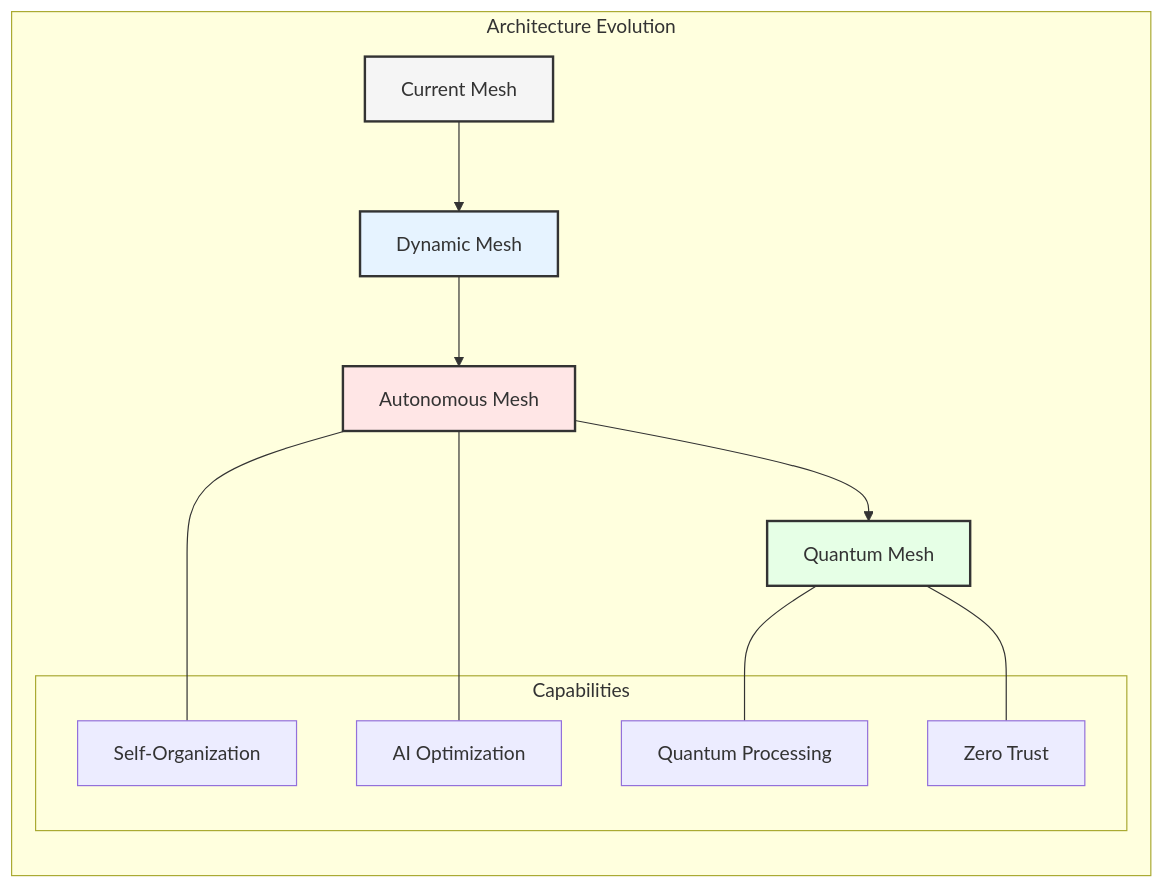
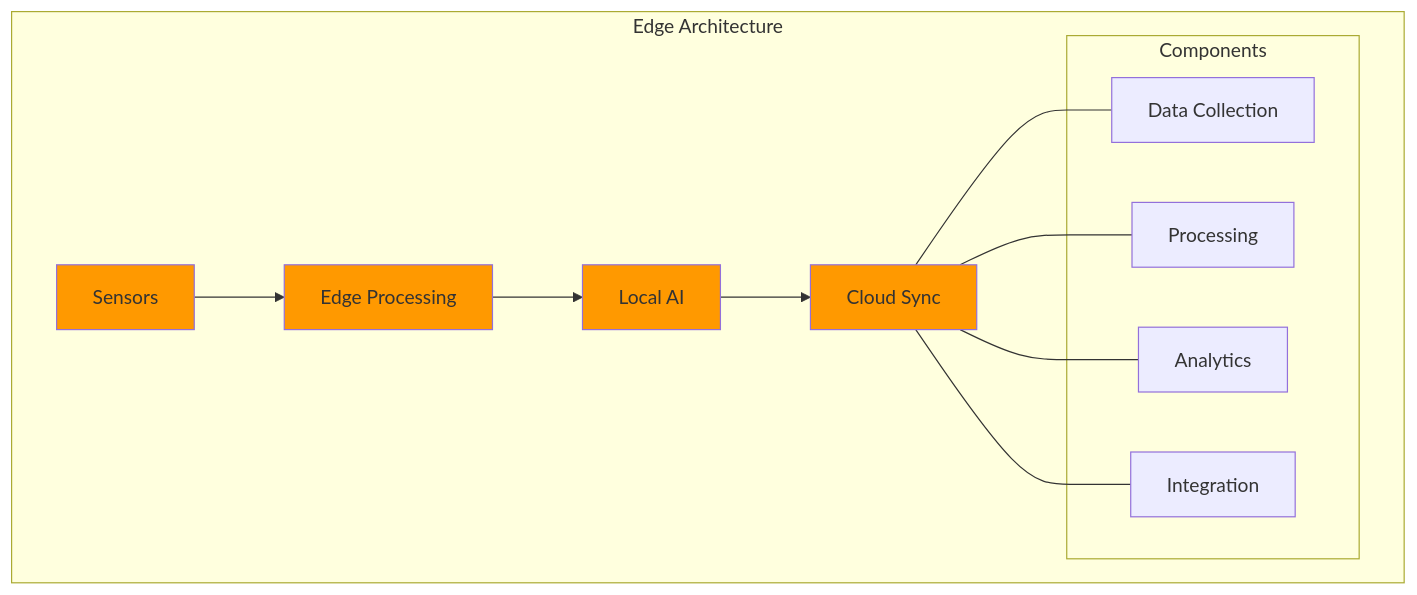
Before and after one commit to data-octo/agentic_ai_research: the second of 9 diagrams in enterprise_data_architecture/chapters/10_future_trends.md, drawn with Mermaid. The commit also changed other lines of this file and 11 other files, not shown here.

````diff
--- a/enterprise_data_architecture/chapters/10_future_trends.md
+++ b/enterprise_data_architecture/chapters/10_future_trends.md
@@ -80,25 +36,25 @@
 ```mermaid
-graph LR
-    subgraph "Architecture Evolution"
-        A[Current Mesh] --> B[Dynamic Mesh]
-        B --> C[Autonomous Mesh]
-        C --> D[Quantum Mesh]
+graph TB
+    subgraph "Edge Architecture"
+        A[Sensors] --> B[Edge Processing]
+        B --> C[Local AI]
+        C --> D[Cloud Sync]
         
-        subgraph "Capabilities"
-            E[Self-Organization]
-            F[AI Optimization]
-            G[Quantum Processing]
-            H[Zero Trust]
+        subgraph "Components"
+            E[Data Collection]
+            F[Processing]
+            G[Analytics]
+            H[Integration]
         end
         
-        C --- E
-        C --- F
+        D --- E
+        D --- F
         D --- G
         D --- H
     end
     
-    style A fill:#f5f5f5,stroke:#333,stroke-width:2px
-    style B fill:#e6f3ff,stroke:#333,stroke-width:2px
-    style C fill:#ffe6e6,stroke:#333,stroke-width:2px
-    style D fill:#e6ffe6,stroke:#333,stroke-width:2px
+    style A fill:#ff9900
+    style B fill:#ff9900
+    style C fill:#ff9900
+    style D fill:#ff9900
 ```
````
